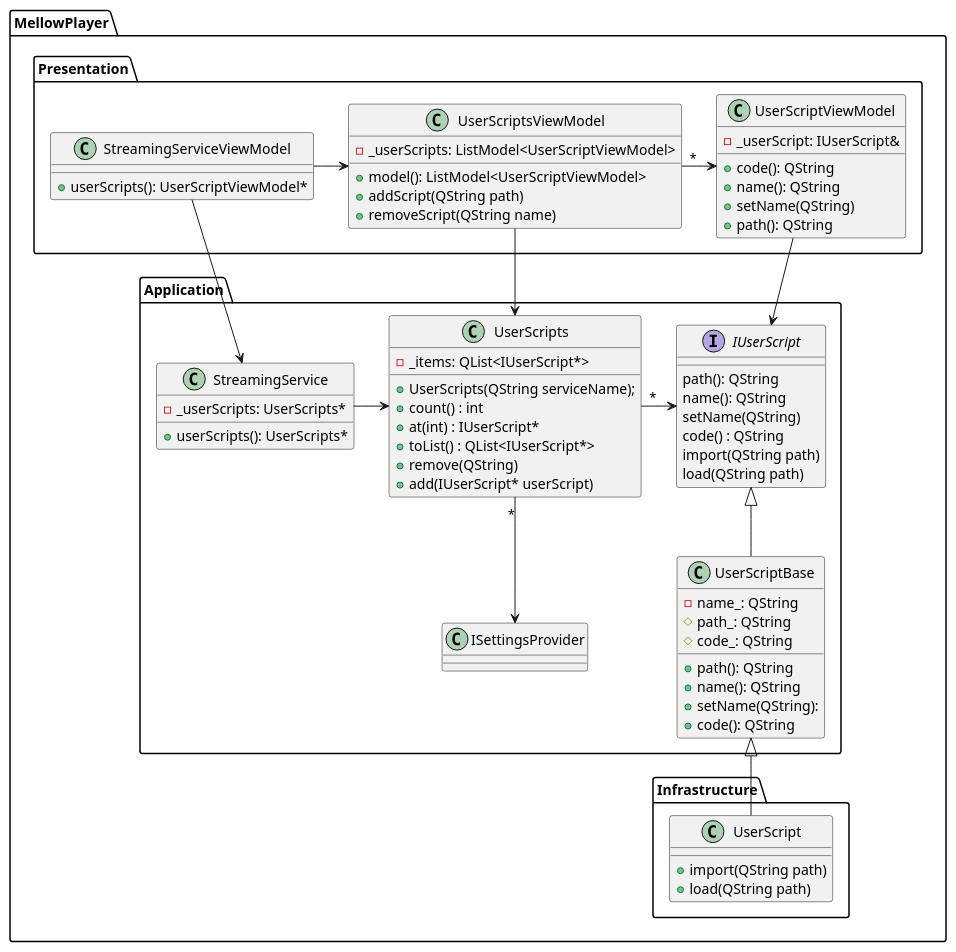
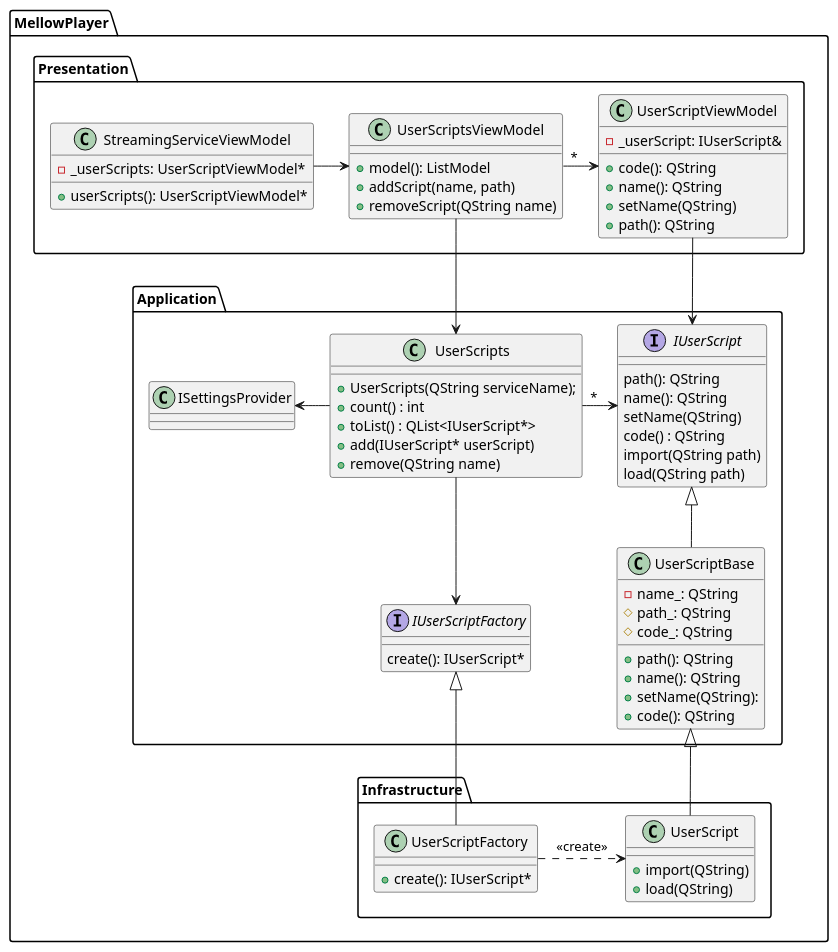
The diagram in docs/developers/PlantUml/UserScripts.puml (ColinDuquesnoy/MellowPlayer), drawn with PlantUML before and after one commit. The commit also changed 11 other files, not shown here.

Commit message:
#69 Improve architecture and refactor

```diff
--- a/docs/developers/PlantUml/UserScripts.puml
+++ b/docs/developers/PlantUml/UserScripts.puml
@@ -1,86 +1,87 @@
 @startuml
 
 namespace MellowPlayer.Application {
 
 class ISettingsProvider
 
 class UserScripts {
-    - _items: QList<IUserScript*>
     + UserScripts(QString serviceName);
     + count() : int
-    + at(int) : IUserScript*
     + toList() : QList<IUserScript*>
-    + remove(QString)
     + add(IUserScript* userScript)
+    + remove(QString name)
 }
 UserScripts "*" -> IUserScript
-UserScripts "*" --> ISettingsProvider
+UserScripts -left-> ISettingsProvider
+UserScripts --> IUserScriptFactory
 
 interface IUserScript {
     path(): QString
     name(): QString
     setName(QString)
     code() : QString
     import(QString path)
     load(QString path)
+}
+
+interface IUserScriptFactory {
+    create(): IUserScript*
 }
 
 class UserScriptBase {
     - name_: QString
     # path_: QString
     # code_: QString
     + path(): QString
     + name(): QString
     + setName(QString):
     + code(): QString
 }
 
 IUserScript <|-- UserScriptBase
 
-class StreamingService {
-    - _userScripts: UserScripts*
-    + userScripts(): UserScripts*
-}
-
-StreamingService -right-> UserScripts
-
 }
 
 namespace MellowPlayer.Infrastructure {
 
 class UserScript {
-    + import(QString path)
-    + load(QString path)
+    + import(QString)
+    + load(QString)
+}
+
+class UserScriptFactory {
+    + create(): IUserScript*
 }
 
 MellowPlayer.Application.UserScriptBase <|-- UserScript
+MellowPlayer.Application.IUserScriptFactory <|-- UserScriptFactory
+UserScriptFactory .> UserScript: <<create>>
 
 }
 
 namespace MellowPlayer.Presentation {
     class UserScriptsViewModel {
-        - _userScripts: ListModel<UserScriptViewModel>
-        + model(): ListModel<UserScriptViewModel>
-        + addScript(QString path)
+        + model(): ListModel
+        + addScript(name, path)
         + removeScript(QString name)
     }
     class UserScriptViewModel {
         - _userScript: IUserScript&
         + code(): QString
         + name(): QString
         + setName(QString)
         + path(): QString
     }
 
     class StreamingServiceViewModel {
+        - _userScripts: UserScriptViewModel*
         + userScripts(): UserScriptViewModel*
     }
 
     StreamingServiceViewModel -> UserScriptsViewModel
-    StreamingServiceViewModel --> MellowPlayer.Application.StreamingService
     UserScriptsViewModel --> MellowPlayer.Application.UserScripts
     UserScriptViewModel --> MellowPlayer.Application.IUserScript
     UserScriptsViewModel "*" -> UserScriptViewModel
 }
 
 @enduml
```
